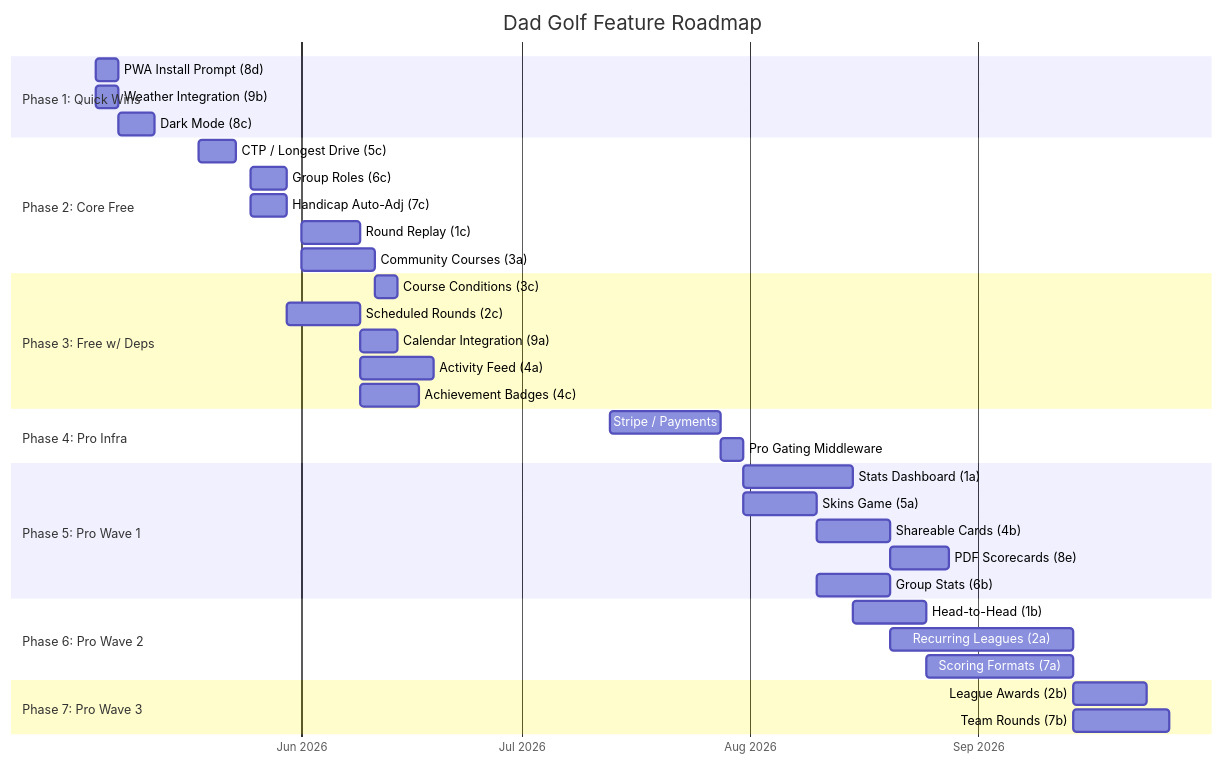
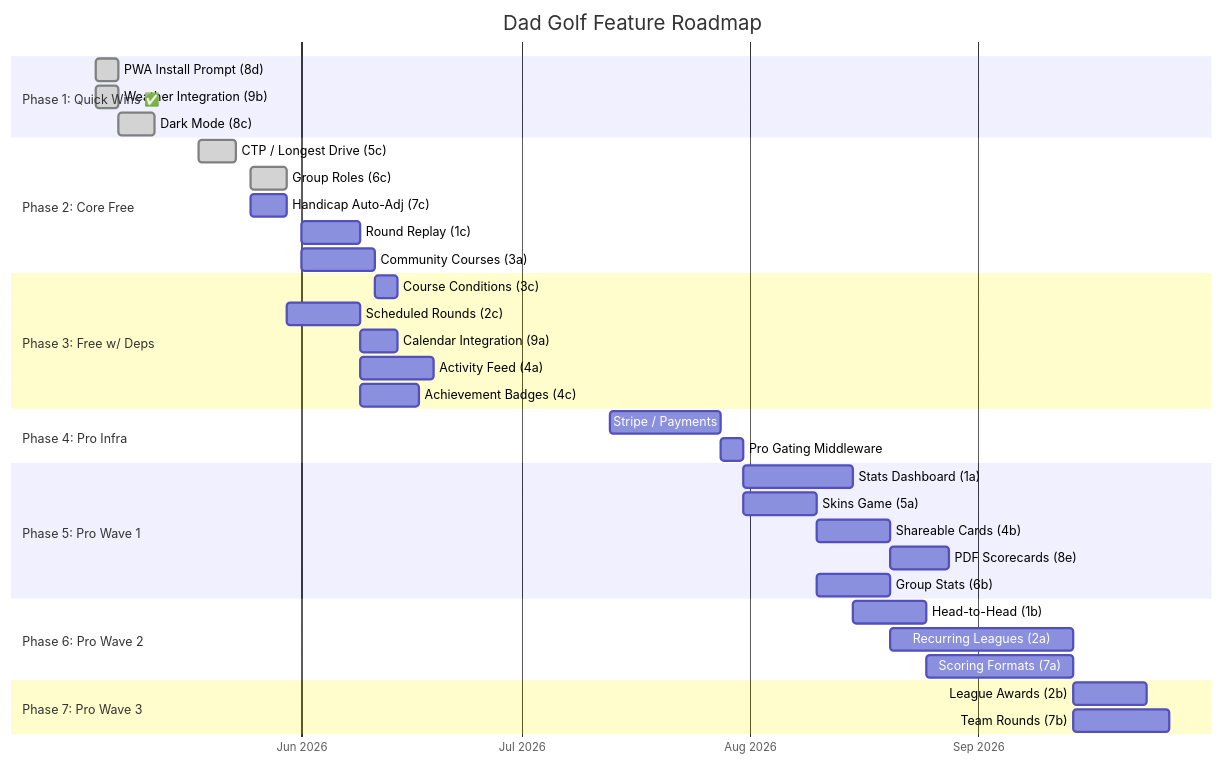
Before and after one commit to Lachy-Dauth/dad-golf: the second of 2 diagrams in docs/roadmap.md, drawn with Mermaid. The commit also changed other lines of this file and 1 other file, not shown here.

First line of the commit message:
Update docs to reflect shipped features (Group Roles, CTP, Dark Mode, PWA, Weather)

````diff
--- a/docs/roadmap.md
+++ b/docs/roadmap.md
@@ -96,45 +96,45 @@
 ```mermaid
 gantt
     title Dad Golf Feature Roadmap
     dateFormat YYYY-MM-DD
     axisFormat %b %Y
 
-    section Phase 1: Quick Wins
-    PWA Install Prompt (8d)         :p1b, 2026-05-04, 3d
-    Weather Integration (9b)        :p1c, 2026-05-04, 3d
-    Dark Mode (8c)                  :p1d, 2026-05-07, 5d
+    section Phase 1: Quick Wins ✅
+    PWA Install Prompt (8d)         :done, p1b, 2026-05-04, 3d
+    Weather Integration (9b)        :done, p1c, 2026-05-04, 3d
+    Dark Mode (8c)                  :done, p1d, 2026-05-07, 5d
 
     section Phase 2: Core Free
-    CTP / Longest Drive (5c)        :p2b, 2026-05-18, 5d
-    Group Roles (6c)                :p2d, 2026-05-25, 5d
+    CTP / Longest Drive (5c)        :done, p2b, 2026-05-18, 5d
+    Group Roles (6c)                :done, p2d, 2026-05-25, 5d
     Handicap Auto-Adj (7c)          :p2e, 2026-05-25, 5d
     Round Replay (1c)               :p2a, 2026-06-01, 8d
     Community Courses (3a)          :p2f, 2026-06-01, 10d
 
     section Phase 3: Free w/ Deps
     Course Conditions (3c)          :p3a, after p2f, 3d
     Scheduled Rounds (2c)           :p3b, after p2d, 10d
     Calendar Integration (9a)       :p3c, after p3b, 5d
     Activity Feed (4a)              :p3d, after p2a, 10d
     Achievement Badges (4c)         :p3e, after p2a, 8d
 
     section Phase 4: Pro Infra
     Stripe / Payments               :p4a, 2026-07-13, 15d
     Pro Gating Middleware            :p4b, after p4a, 3d
 
     section Phase 5: Pro Wave 1
     Stats Dashboard (1a)            :p5a, after p4b, 15d
     Skins Game (5a)                 :p5b, after p4b, 10d
     Shareable Cards (4b)            :p5c, after p5b, 10d
     PDF Scorecards (8e)             :p5d, after p5c, 8d
     Group Stats (6b)                :p5e, after p5b, 10d
 
     section Phase 6: Pro Wave 2
     Head-to-Head (1b)               :p6a, after p5a, 10d
     Recurring Leagues (2a)          :p6b, after p5e, 25d
     Scoring Formats (7a)            :p6c, after p6a, 20d
 
     section Phase 7: Pro Wave 3
     League Awards (2b)              :p7a, after p6b, 10d
     Team Rounds (7b)                :p7b, after p6c, 13d
 ```
````
